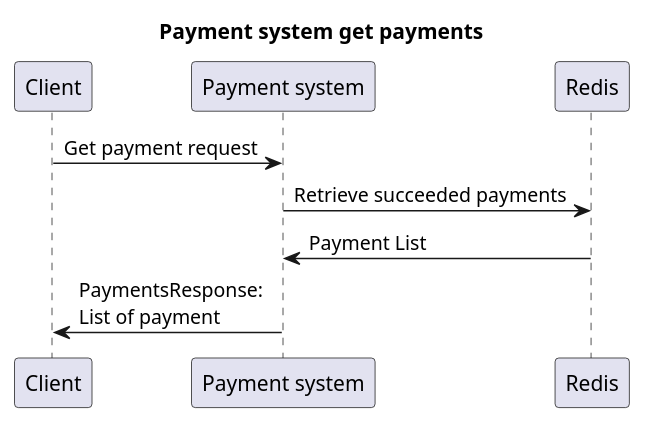
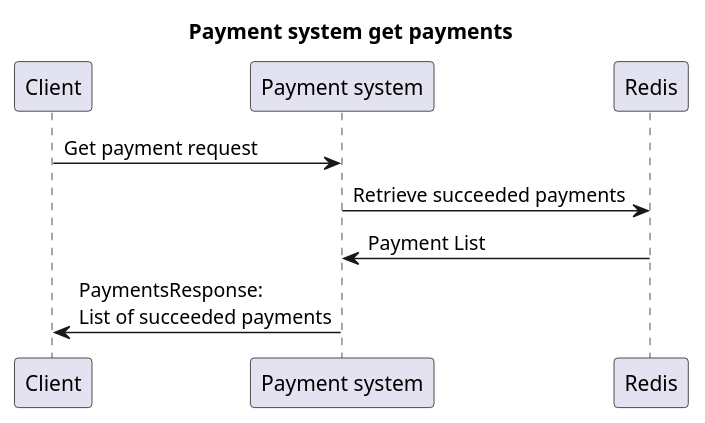
Before and after one commit to Nouuu/microservice-payment: the diagram in GetPayments.puml, drawn with PlantUML. The commit also changed 1 other file, not shown here.

```diff
--- a/GetPayments.puml
+++ b/GetPayments.puml
@@ -1,8 +1,8 @@
 @startuml
 title Payment system get payments
 
 Client -> "Payment system": Get payment request
 "Payment system" -> "Redis": Retrieve succeeded payments
 "Redis" -> "Payment system": Payment List
-"Payment system" -> Client: PaymentsResponse: \nList of payment
+"Payment system" -> Client: PaymentsResponse: \nList of succeeded payments
 @enduml
```
